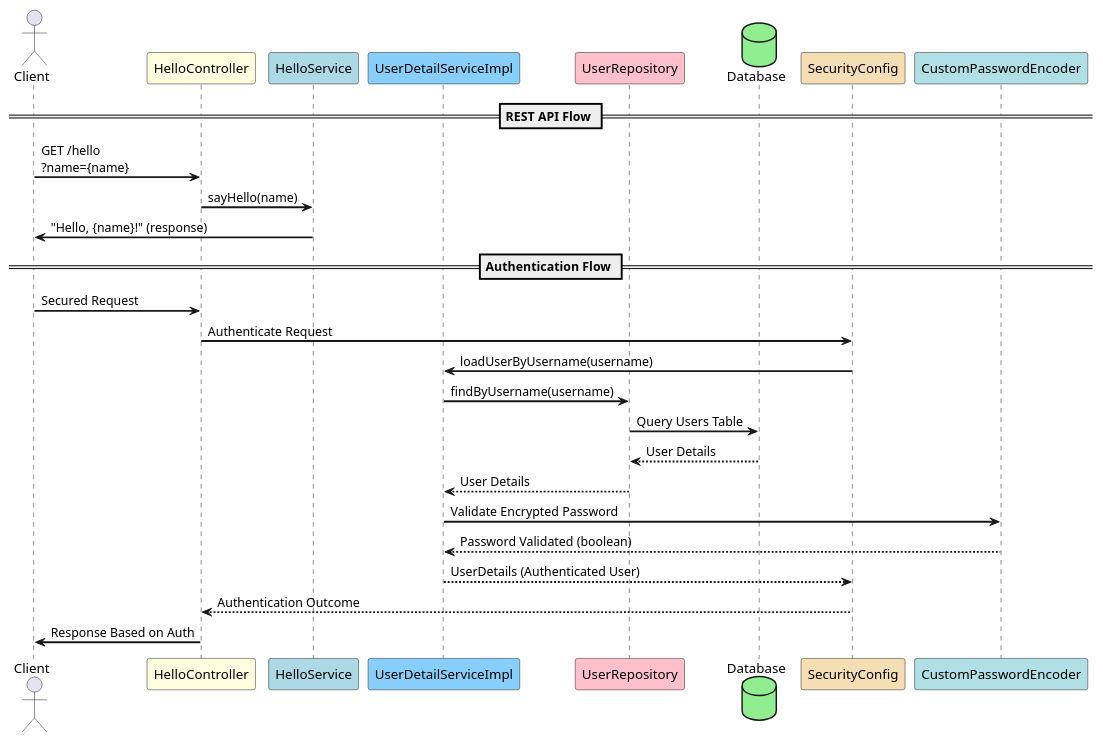
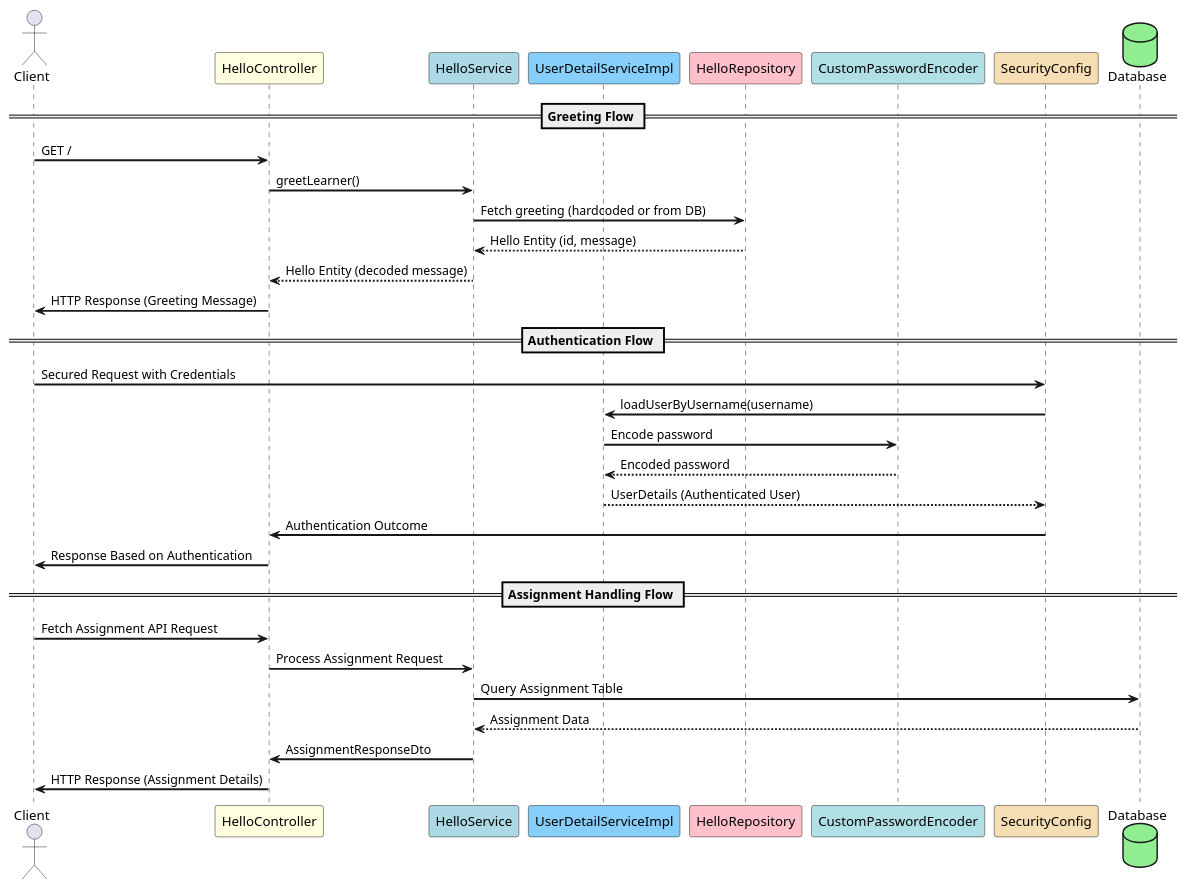
Before and after one commit to Cybers911/https-github.com-Cybers911-BloomCodeCamp-be-a-starter-main: the diagram in documents/images/DataflowTKT1.puml, drawn with PlantUML. The commit also changed 17 other files, not shown here.

```diff
--- a/documents/images/DataflowTKT1.puml
+++ b/documents/images/DataflowTKT1.puml
@@ -1,34 +1,39 @@
 @startuml
 skinparam arrowThickness 2
 
 actor Client as client
 
 participant "HelloController" as controller #LightYellow
 participant "HelloService" as helloService #LightBlue
-participant "UserDetailServiceImpl" as userService #LightSkyBlue
-participant "UserRepository" as userRepo #Pink
+participant "UserDetailServiceImpl" as userDetailsService #LightSkyBlue
+participant "HelloRepository" as helloRepo #Pink
+participant "CustomPasswordEncoder" as passwordEncoder #PowderBlue
+participant "SecurityConfig" as security #Wheat
 database "Database" as db #LightGreen
-participant "SecurityConfig" as security #Wheat
-participant "CustomPasswordEncoder" as passwordEncoder #PowderBlue
 
-== REST API Flow ==
-client -> controller: GET /hello\n?name={name}
-controller -> helloService: sayHello(name)
-helloService -> client: "Hello, {name}!" (response)
+== Greeting Flow ==
+client -> controller: GET /
+controller -> helloService: greetLearner()
+helloService -> helloRepo: Fetch greeting (hardcoded or from DB)
+helloRepo --> helloService: Hello Entity (id, message)
+helloService --> controller: Hello Entity (decoded message)
+controller -> client: HTTP Response (Greeting Message)
 
 == Authentication Flow ==
-client -> controller: Secured Request
-controller -> security: Authenticate Request
+client -> security: Secured Request with Credentials
+security -> userDetailsService: loadUserByUsername(username)
+userDetailsService -> passwordEncoder: Encode password
+passwordEncoder --> userDetailsService: Encoded password
+userDetailsService --> security: UserDetails (Authenticated User)
+security -> controller: Authentication Outcome
+controller -> client: Response Based on Authentication
 
-security -> userService: loadUserByUsername(username)
-userService -> userRepo: findByUsername(username)
-userRepo -> db: Query Users Table
-db --> userRepo: User Details
-userRepo --> userService: User Details
-userService -> passwordEncoder: Validate Encrypted Password
-passwordEncoder --> userService: Password Validated (boolean)
-userService --> security: UserDetails (Authenticated User)
-security --> controller: Authentication Outcome
-controller -> client: Response Based on Auth
+== Assignment Handling Flow ==
+client -> controller: Fetch Assignment API Request
+controller -> helloService: Process Assignment Request
+helloService -> db: Query Assignment Table
+db --> helloService: Assignment Data
+helloService -> controller: AssignmentResponseDto
+controller -> client: HTTP Response (Assignment Details)
 
 @enduml
```
